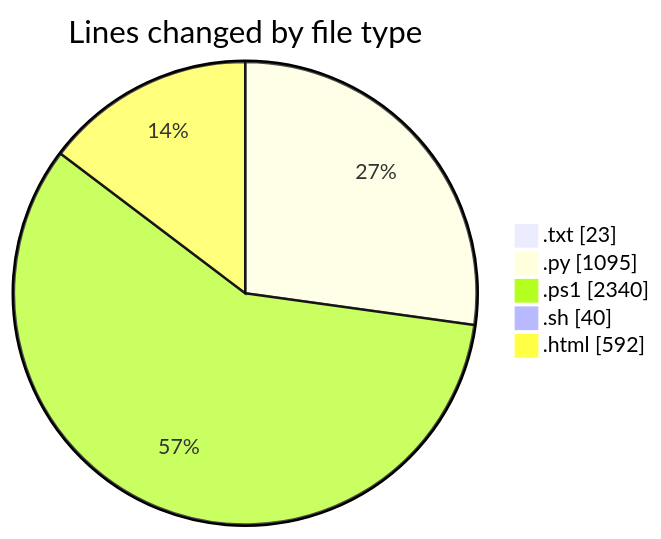
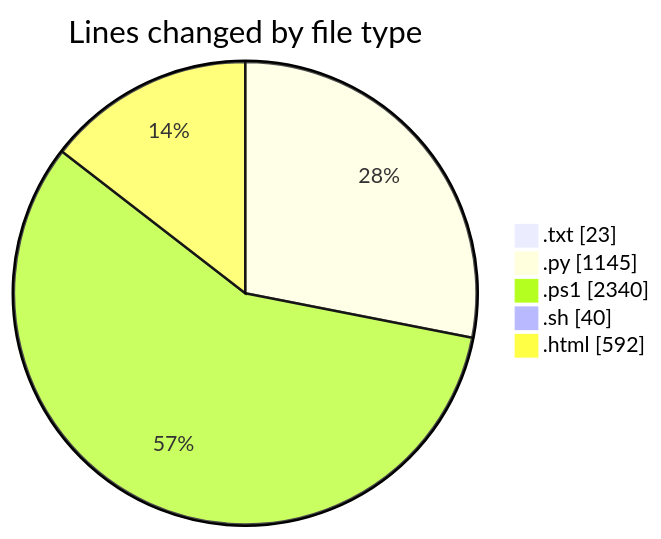
The first of 2 diagrams in 2025-05-16/python_app_deploy/README.md (CELIANVF/code-tracking), drawn with Mermaid before and after one commit. The commit also changed other lines of this file and 1 other file, not shown here.

````diff
--- a/2025-05-16/python_app_deploy/README.md
+++ b/2025-05-16/python_app_deploy/README.md
@@ -41,9 +41,9 @@
 ```mermaid
 pie showData
 title Lines changed by file type
 ".txt" : 23
-".py" : 1095
+".py" : 1145
 ".ps1" : 2340
 ".sh" : 40
 ".html" : 592
 ```
````
